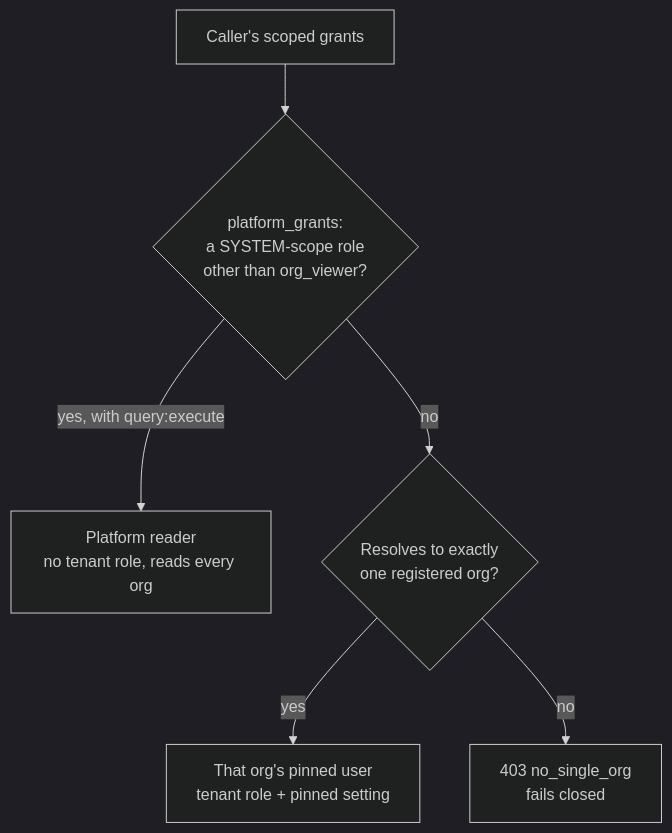
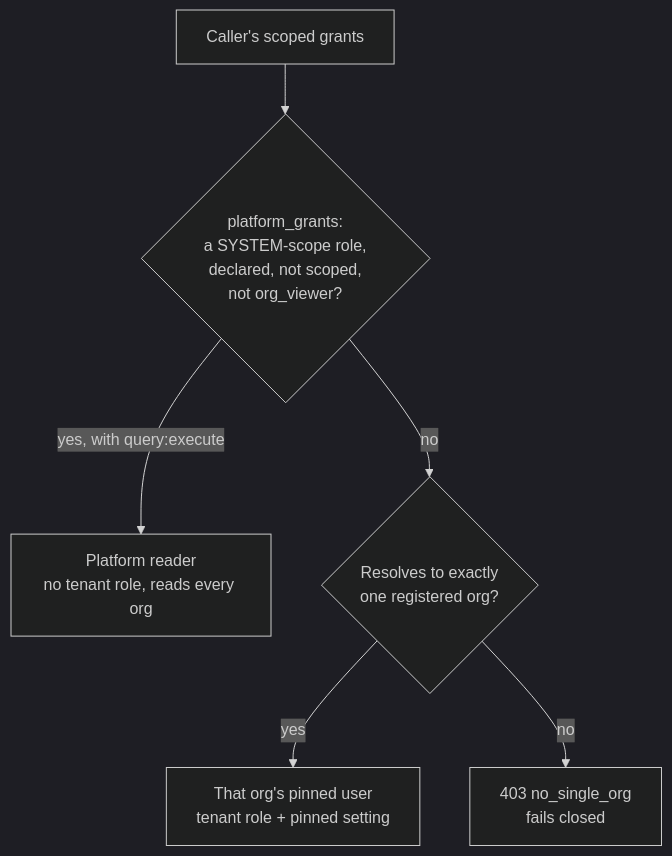
The eighth of 10 diagrams in docs/control-plane/rbac.md (hyperi-io/dfe-engine), drawn with Mermaid (dark theme) before and after one commit. The commit also changed other lines of this file and 29 other files, not shown here.

````diff
--- a/docs/control-plane/rbac.md
+++ b/docs/control-plane/rbac.md
@@ -640,8 +640,8 @@
 ```mermaid
 flowchart TD
-    CALLER["Caller's scoped grants"] --> PLAT{"platform_grants:<br/>a SYSTEM-scope role<br/>other than org_viewer?"}
+    CALLER["Caller's scoped grants"] --> PLAT{"platform_grants:<br/>a SYSTEM-scope role,<br/>declared, not scoped,<br/>not org_viewer?"}
     PLAT -->|"yes, with query:execute"| READER["Platform reader<br/>no tenant role, reads every org"]
     PLAT -->|no| ORG{"Resolves to exactly<br/>one registered org?"}
     ORG -->|yes| PINNED["That org's pinned user<br/>tenant role + pinned setting"]
     ORG -->|no| DENY["403 no_single_org<br/>fails closed"]
 ```
````
